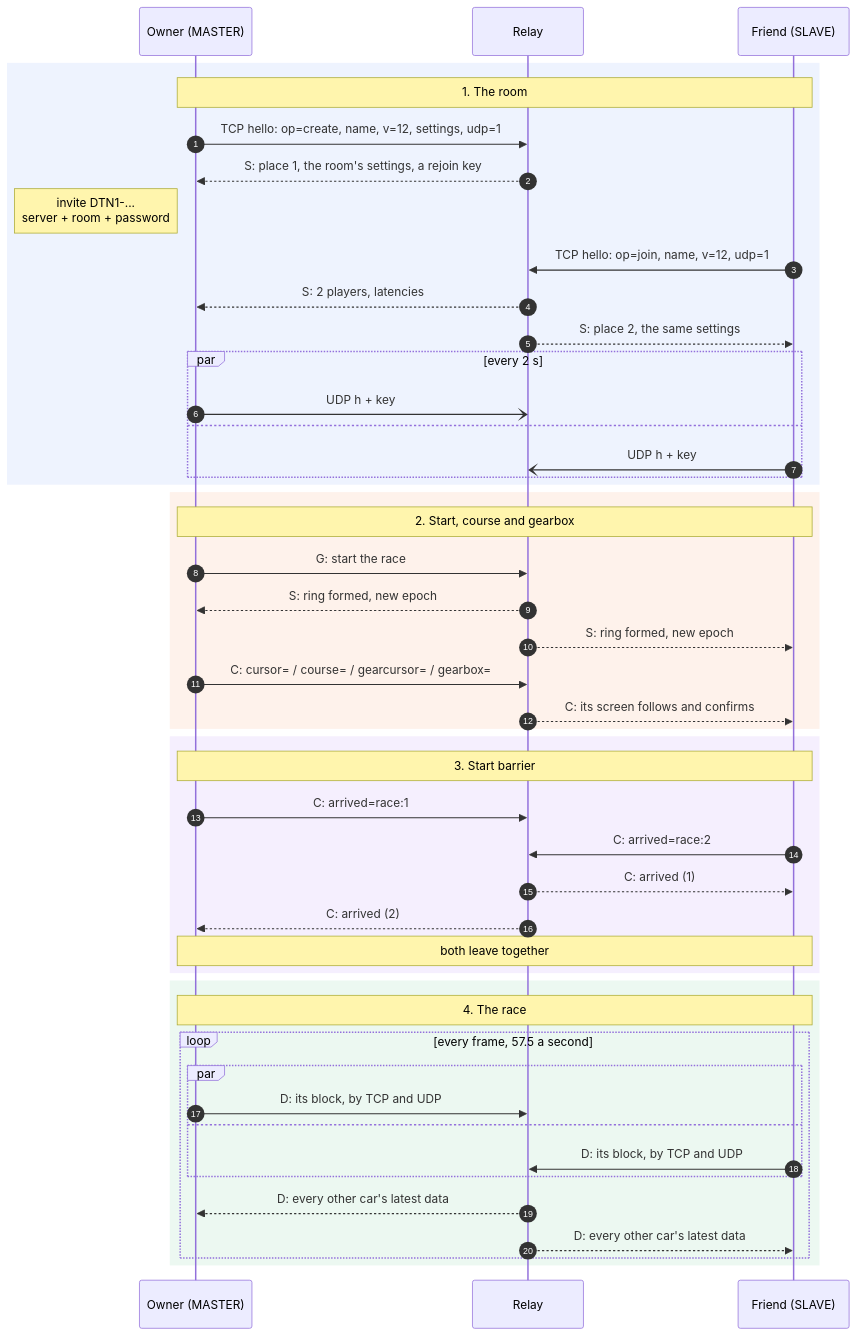
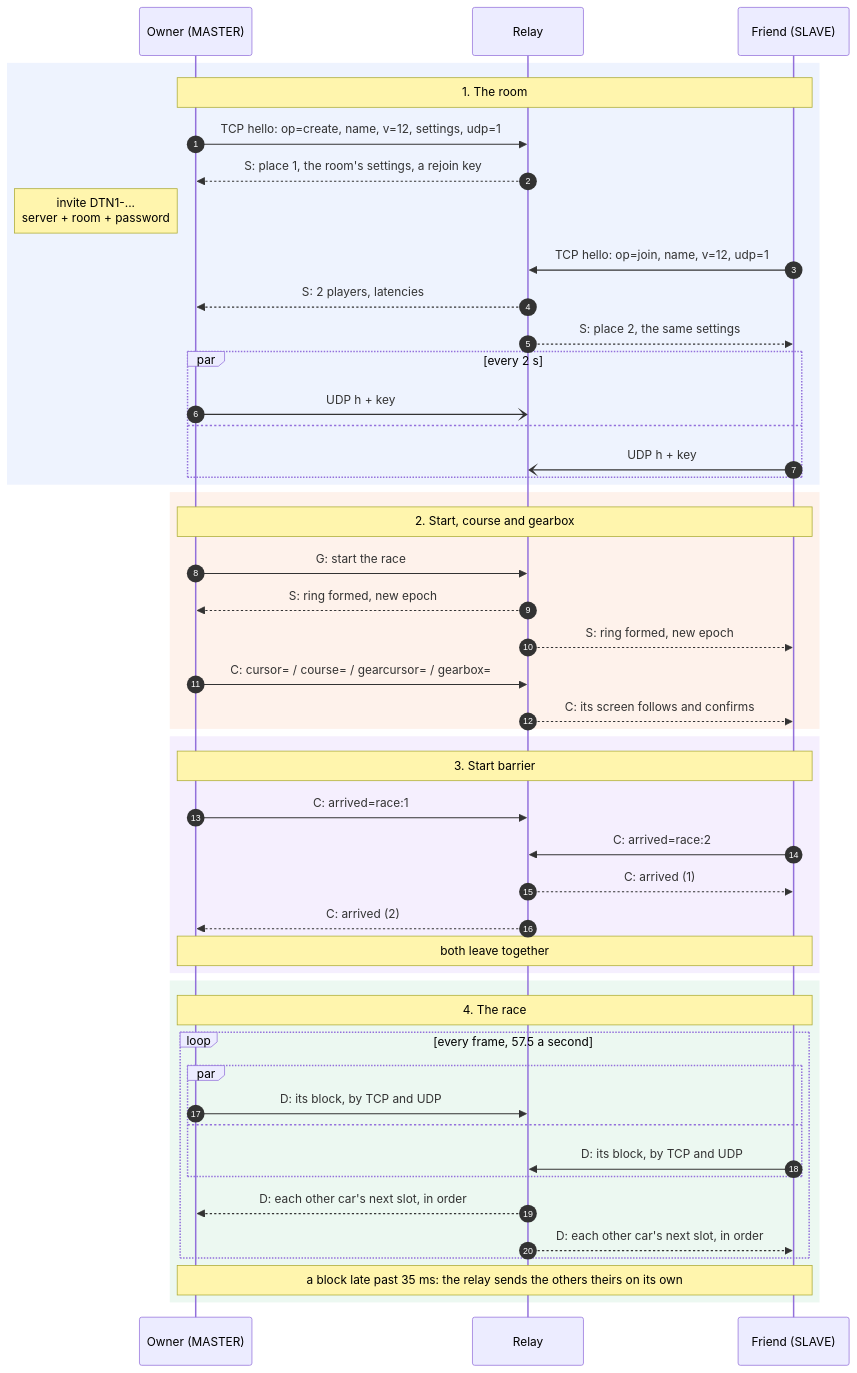
One commit to railton/daytona-reborn changed the fourth of 11 diagrams in docs/ONLINE-PROTOCOL.md. Above: the diagram before and after it, drawn with Mermaid. The commit also changed other lines of this file and 17 other files, not shown here.

First line of the commit message:
Docs: the protocol's diagrams; old documents removed

````diff
--- a/docs/ONLINE-PROTOCOL.md
+++ b/docs/ONLINE-PROTOCOL.md
@@ -173,49 +173,50 @@
 ```mermaid
 sequenceDiagram
     autonumber
     participant M as Owner (MASTER)
     participant R as Relay
     participant S as Friend (SLAVE)
     rect rgba(37,99,235,0.08)
         Note over M,S: 1. The room
         M->>R: TCP hello: op=create, name, v=12, settings, udp=1
         R-->>M: S: place 1, the room's settings, a rejoin key
         Note left of M: invite DTN1-...<br/>server + room + password
         S->>R: TCP hello: op=join, name, v=12, udp=1
         R-->>M: S: 2 players, latencies
         R-->>S: S: place 2, the same settings
         par every 2 s
             M-)R: UDP h + key
         and
             S-)R: UDP h + key
         end
     end
     rect rgba(234,88,12,0.08)
         Note over M,S: 2. Start, course and gearbox
         M->>R: G: start the race
         R-->>M: S: ring formed, new epoch
         R-->>S: S: ring formed, new epoch
         M->>R: C: cursor= / course= / gearcursor= / gearbox=
         R-->>S: C: its screen follows and confirms
     end
     rect rgba(124,58,237,0.08)
         Note over M,S: 3. Start barrier
         M->>R: C: arrived=race:1
         S->>R: C: arrived=race:2
         R-->>S: C: arrived (1)
         R-->>M: C: arrived (2)
         Note over M,S: both leave together
     end
     rect rgba(22,163,74,0.08)
         Note over M,S: 4. The race
         loop every frame, 57.5 a second
             par
                 M->>R: D: its block, by TCP and UDP
             and
                 S->>R: D: its block, by TCP and UDP
             end
-            R-->>M: D: every other car's latest data
-            R-->>S: D: every other car's latest data
+            R-->>M: D: each other car's next slot, in order
+            R-->>S: D: each other car's next slot, in order
         end
+        Note over M,S: a block late past 35 ms: the relay sends the others theirs on its own
     end
 ```
````
